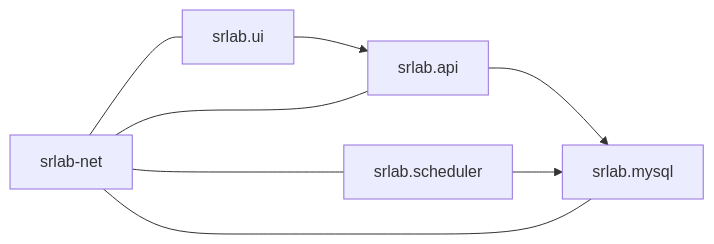
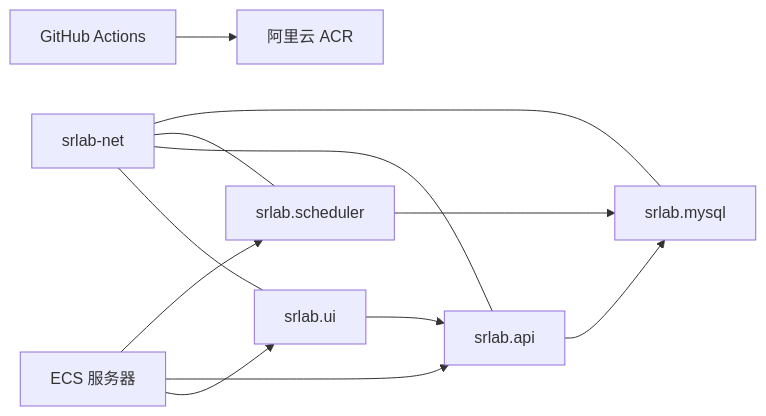
The fourth of 4 diagrams in .qoder/repowiki/zh/content/部署运维.md (TinyMaD/SpeedRunnersLab), drawn with Mermaid before and after one commit. The commit also changed other lines of this file and 9 other files, not shown here.

Commit message:
接入 GitHub Actions CI/CD (ghcr.io 方案)

````diff
--- a/.qoder/repowiki/zh/content/部署运维.md
+++ b/.qoder/repowiki/zh/content/部署运维.md
@@ -189,10 +252,14 @@
 ```mermaid
 graph LR
 UI["srlab.ui"] --> API["srlab.api"]
 API --> DB["srlab.mysql"]
 SCHED["srlab.scheduler"] --> DB
 NET["srlab-net"] --- UI
 NET --- API
 NET --- SCHED
 NET --- DB
+GHA["GitHub Actions"] --> ACR["阿里云 ACR"]
+ECS["ECS 服务器"] --> UI
+ECS --> API
+ECS --> SCHED
 ```
````
